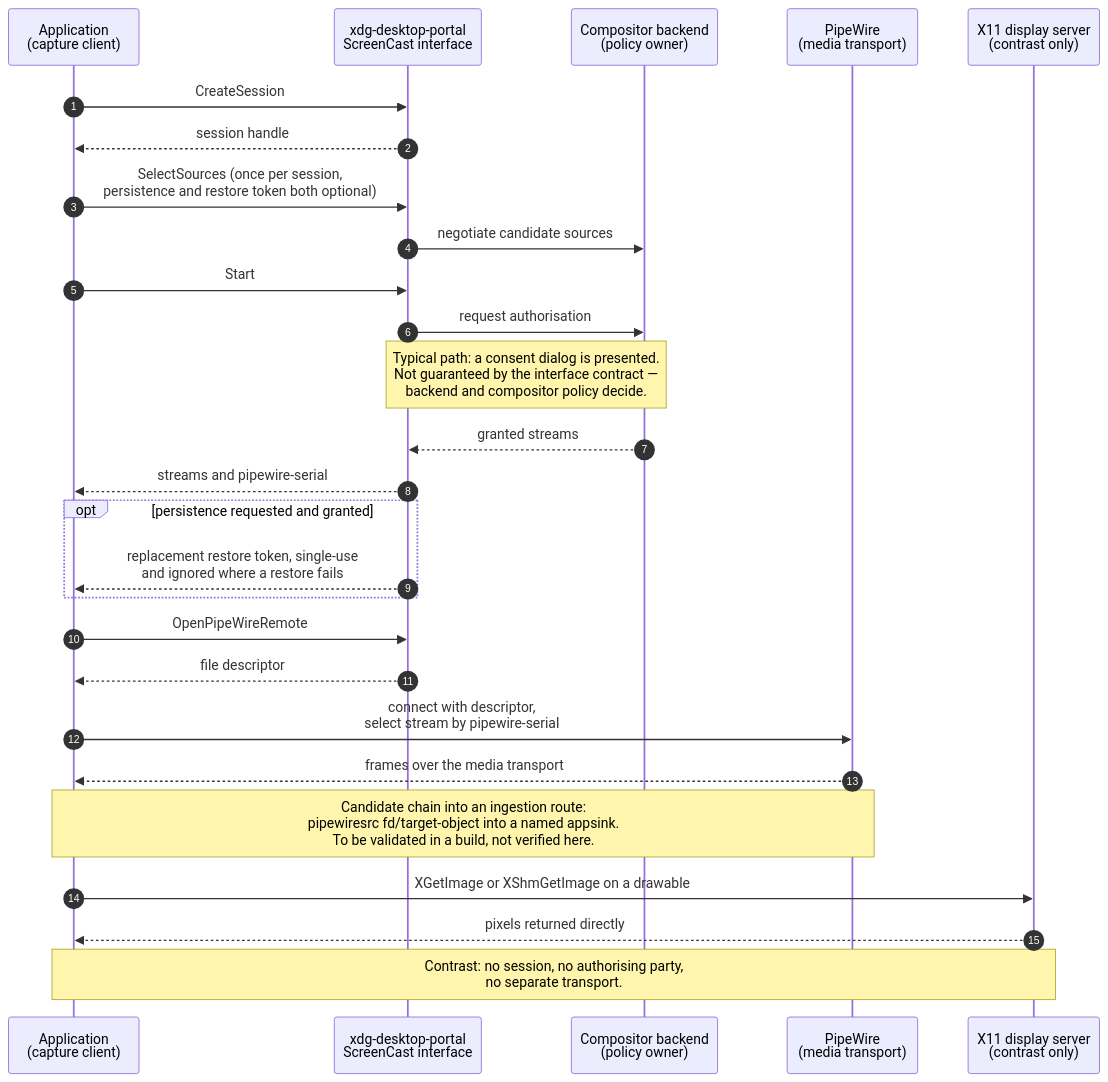
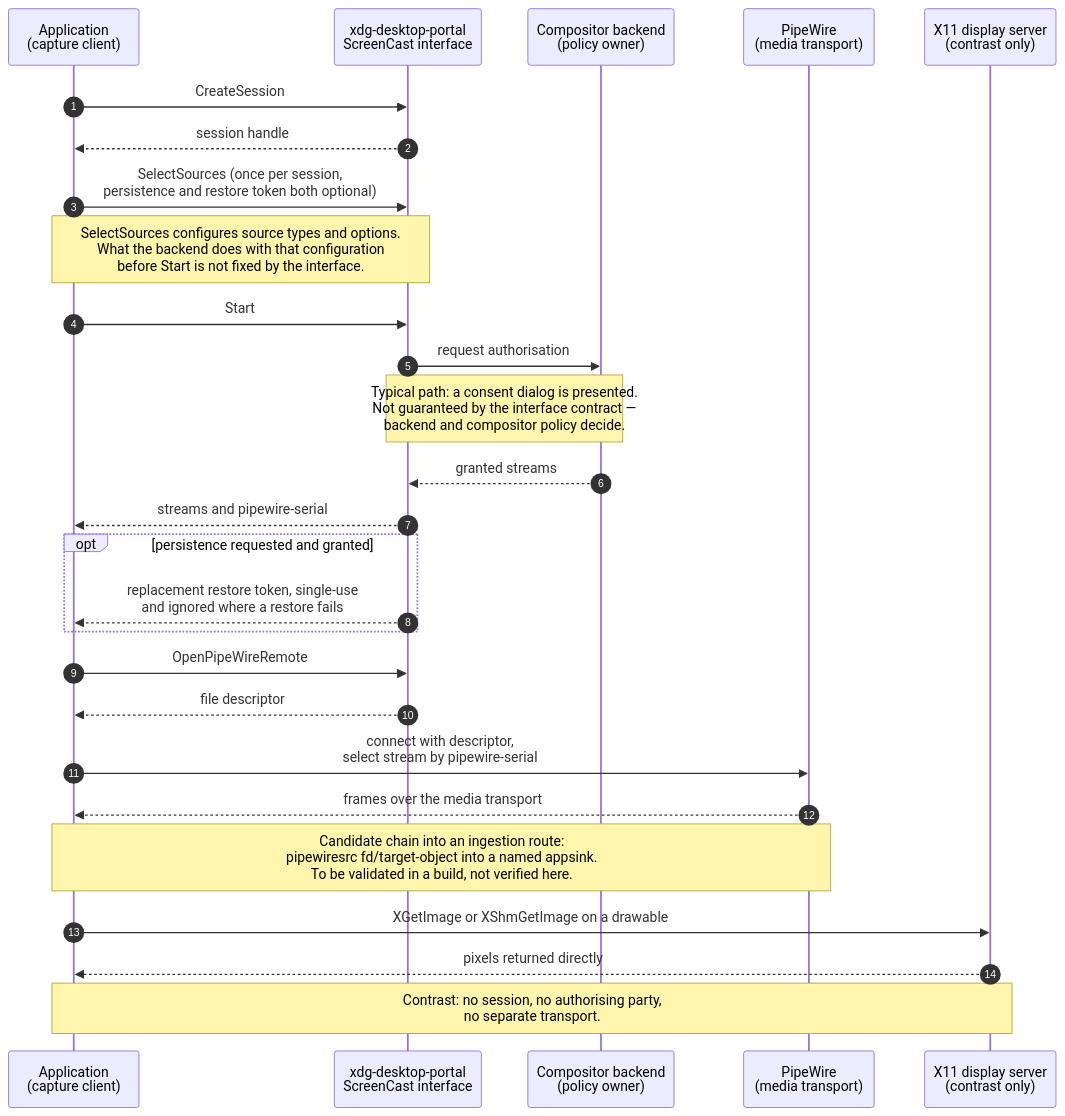
One commit to blitzy-public-samples/opencv changed the diagram in docs/screen-capture-ui/platform-capture-gap-assessment.md. Above: the diagram before and after it, drawn with Mermaid. The commit also changed other lines of this file and 4 other files, not shown here.

````diff
--- a/docs/screen-capture-ui/platform-capture-gap-assessment.md
+++ b/docs/screen-capture-ui/platform-capture-gap-assessment.md
@@ -470,29 +597,29 @@
 ```mermaid
 sequenceDiagram
     autonumber
     participant App as Application<br/>(capture client)
     participant Portal as xdg-desktop-portal<br/>ScreenCast interface
     participant Comp as Compositor backend<br/>(policy owner)
     participant PW as PipeWire<br/>(media transport)
     participant X11 as X11 display server<br/>(contrast only)
     App->>Portal: CreateSession
     Portal-->>App: session handle
     App->>Portal: SelectSources (once per session,<br/>persistence and restore token both optional)
-    Portal->>Comp: negotiate candidate sources
+    Note over App,Portal: SelectSources configures source types and options.<br/>What the backend does with that configuration<br/>before Start is not fixed by the interface.
     App->>Portal: Start
     Portal->>Comp: request authorisation
     Note over Portal,Comp: Typical path: a consent dialog is presented.<br/>Not guaranteed by the interface contract —<br/>backend and compositor policy decide.
     Comp-->>Portal: granted streams
     Portal-->>App: streams and pipewire-serial
     opt persistence requested and granted
         Portal-->>App: replacement restore token, single-use<br/>and ignored where a restore fails
     end
     App->>Portal: OpenPipeWireRemote
     Portal-->>App: file descriptor
     App->>PW: connect with descriptor,<br/>select stream by pipewire-serial
     PW-->>App: frames over the media transport
     Note over App,PW: Candidate chain into an ingestion route:<br/>pipewiresrc fd/target-object into a named appsink.<br/>To be validated in a build, not verified here.
     App->>X11: XGetImage or XShmGetImage on a drawable
     X11-->>App: pixels returned directly
     Note over App,X11: Contrast: no session, no authorising party,<br/>no separate transport.
 ```
````
